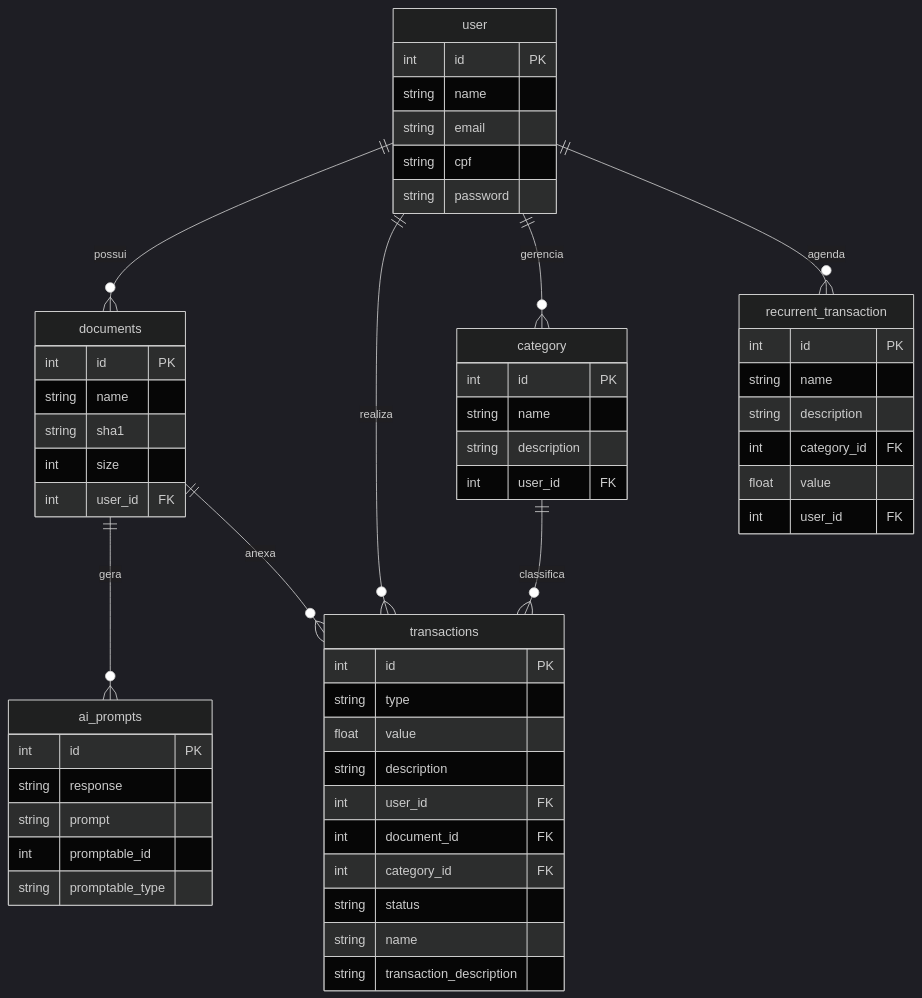
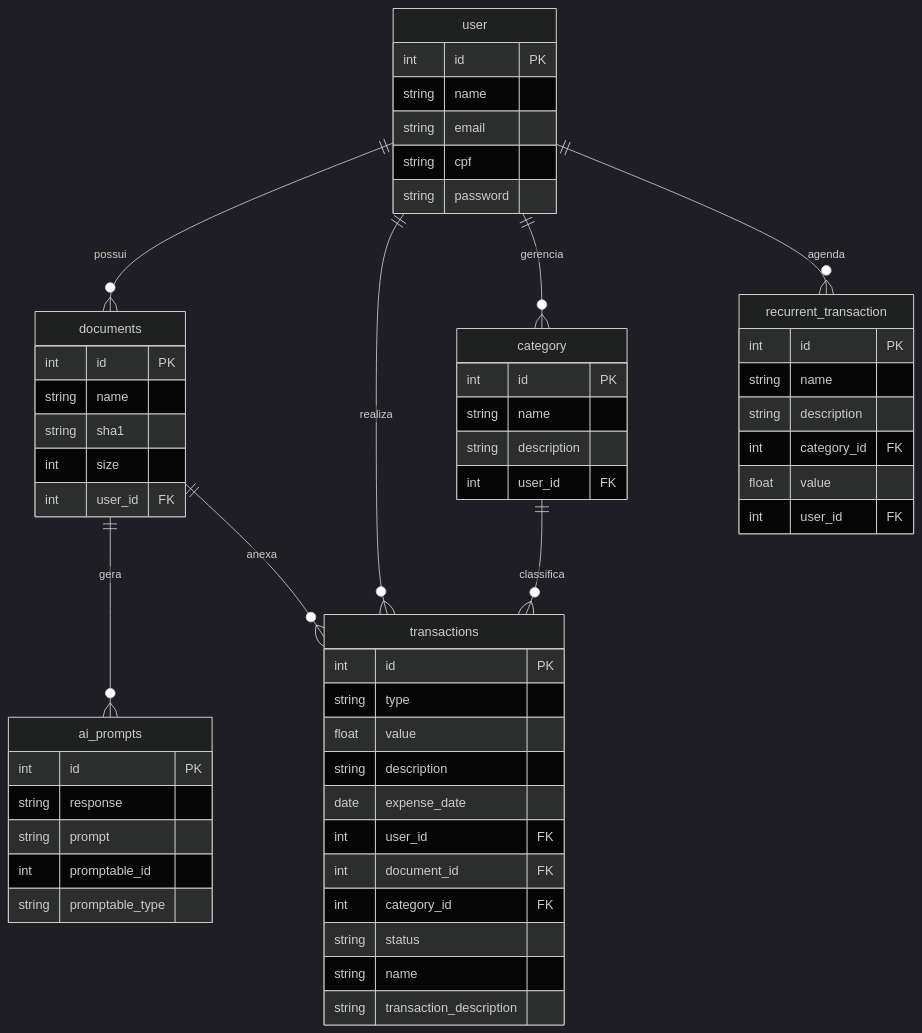
One commit to yureduarte-20/financas changed the diagram in docs/DER.mermaid. Above: the diagram before and after it, drawn with Mermaid (dark theme). The commit also changed 12 other files, not shown here.

```diff
--- a/docs/DER.mermaid
+++ b/docs/DER.mermaid
@@ -1,62 +1,63 @@
 erDiagram
     user {
         int id PK
         string name
         string email
         string cpf
         string password
     }
 
     documents {
         int id PK
         string name
         string sha1
         int size
         int user_id FK
     }
 
     ai_prompts {
         int id PK
         string response
         string prompt
         int promptable_id
         string promptable_type
     }
 
     transactions {
         int id PK
         string type
         float value
         string description
+        date expense_date
         int user_id FK
         int document_id FK
         int category_id FK
         string status
         string name
         string transaction_description
     }
 
     category {
         int id PK
         string name
         string description
         int user_id FK
     }
 
     recurrent_transaction {
         int id PK
         string name
         string description
         int category_id FK
         float value
         int user_id FK
     }
 
     %% Relacionamentos extraídos das conexões do XML
     user ||--o{ documents : "possui"
     user ||--o{ transactions : "realiza"
     user ||--o{ category : "gerencia"
     user ||--o{ recurrent_transaction : "agenda"
     documents ||--o{ ai_prompts : "gera"
     documents ||--o{ transactions : "anexa"
     category ||--o{ transactions : "classifica"
```
